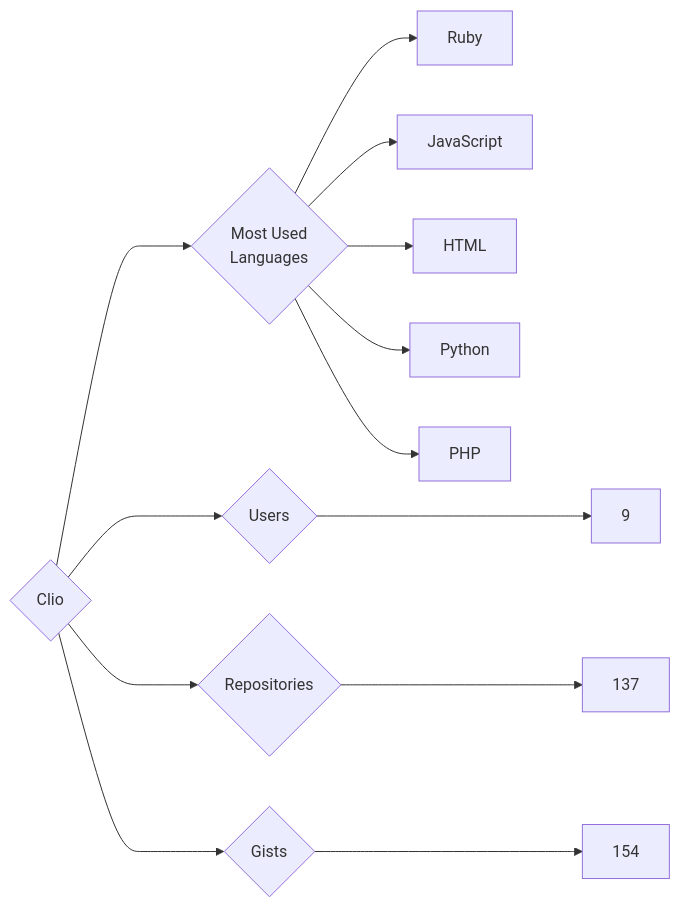
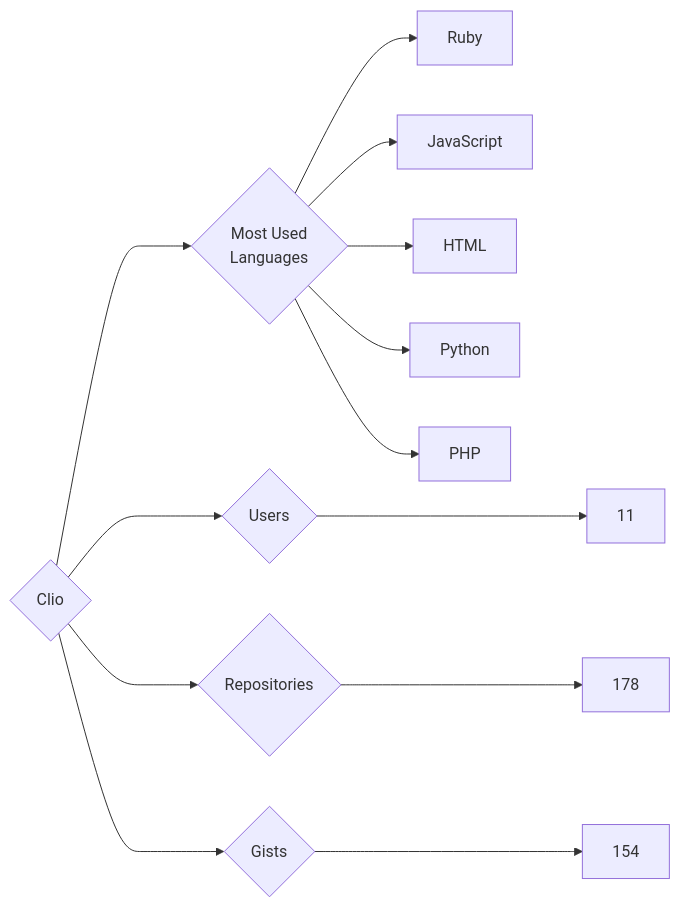
The diagram in targets/Clio/README.md (trickest/insiders), drawn with Mermaid before and after one commit. The commit also changed 924 other files, not shown here.

````diff
--- a/targets/Clio/README.md
+++ b/targets/Clio/README.md
@@ -3,13 +3,13 @@
 ```mermaid
 graph LR
 COMPANY_NAME{Clio}
-COMPANY_NAME ---> U{Users} ---> UN[9]
-COMPANY_NAME ---> R{Repositories} ---> RN[137]
+COMPANY_NAME ---> U{Users} ---> UN[11]
+COMPANY_NAME ---> R{Repositories} ---> RN[178]
 COMPANY_NAME ---> G{Gists} ---> GN[154]
 COMPANY_NAME ---> ML{Most Used<br>Languages}
 ML --> Ruby[Ruby]
 ML --> JavaScript[JavaScript]
 ML --> HTML[HTML]
 ML --> Python[Python]
 ML --> PHP[PHP]
 ```
````
